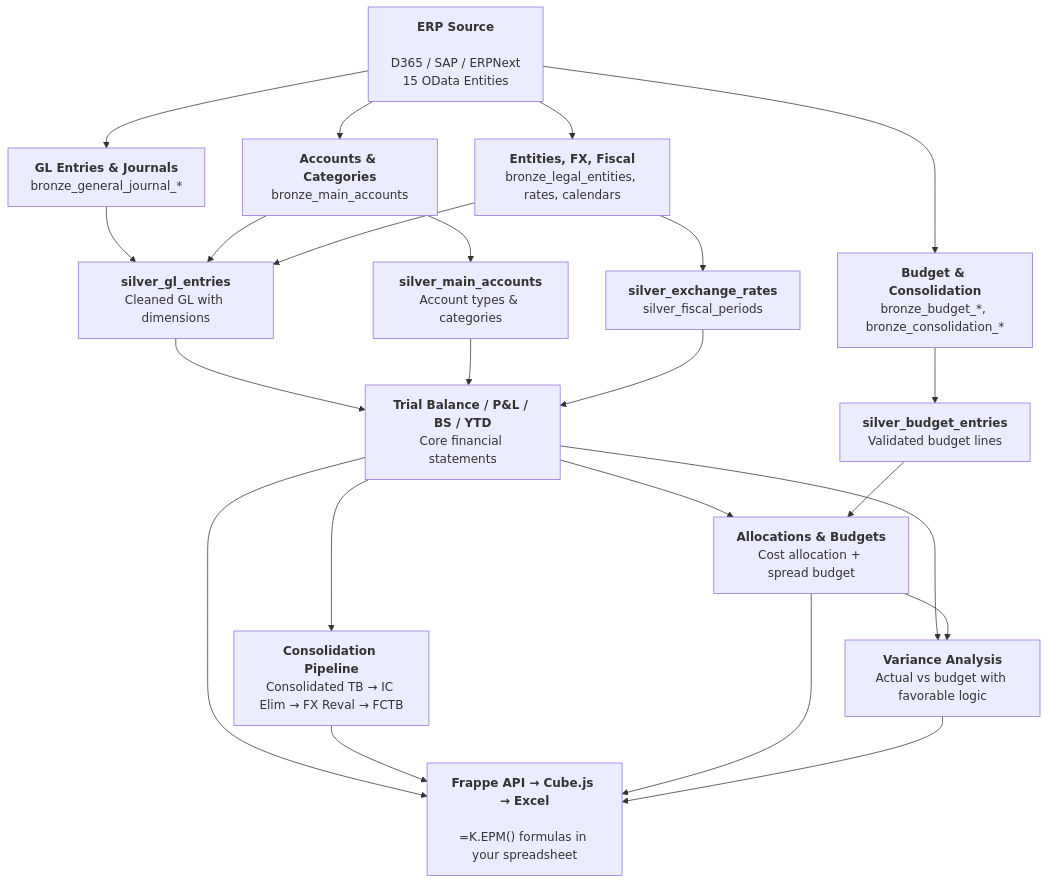
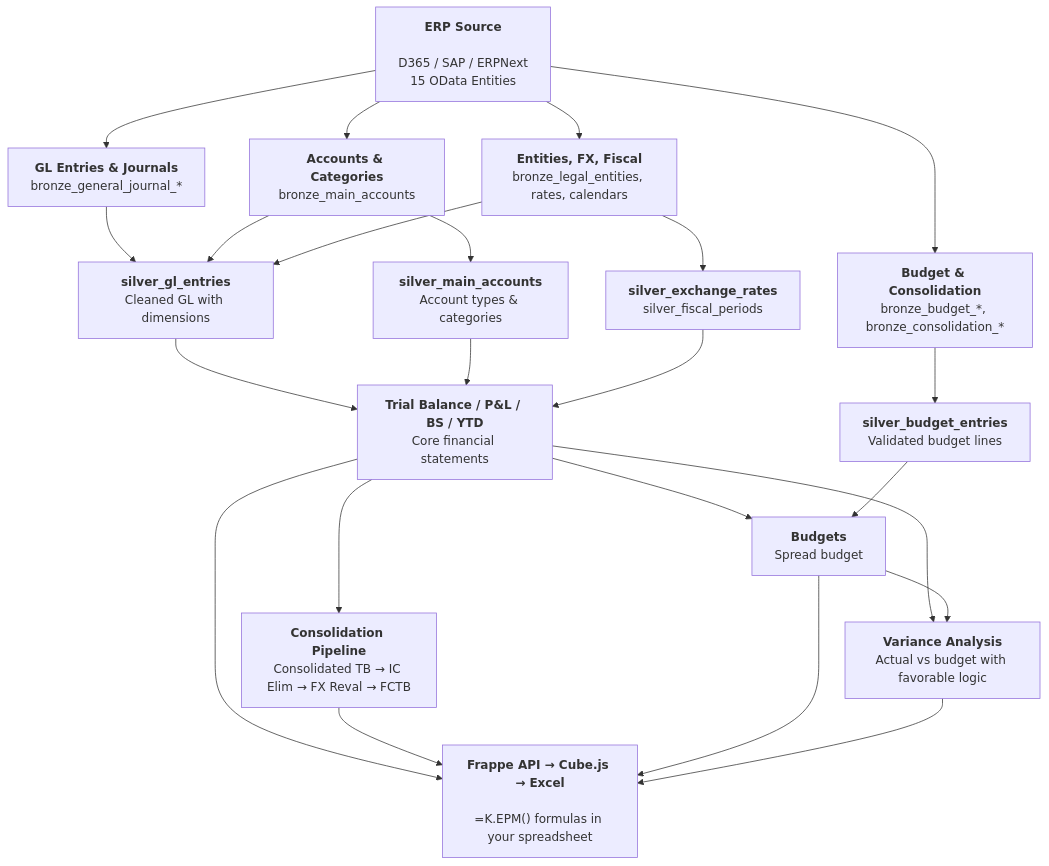
The diagram in docs/data-dictionary/data-dictionary-overview.md (grynn-in/konsolidat), drawn with Mermaid before and after one commit. The commit also changed other lines of this file and 79 other files, not shown here.

First line of the commit message:
Remove cost allocation (konsol#264) (#224)

````diff
--- a/docs/data-dictionary/data-dictionary-overview.md
+++ b/docs/data-dictionary/data-dictionary-overview.md
@@ -17,36 +17,36 @@
 ```mermaid
 graph TD
     ERP["<b>ERP Source</b><br/><br/>D365 / SAP / ERPNext<br/>15 OData Entities"]
 
     ERP --> B1 & B2 & B3 & B4
 
     B1["<b>GL Entries & Journals</b><br/>bronze_general_journal_*"]
     B2["<b>Accounts & Categories</b><br/>bronze_main_accounts"]
     B3["<b>Entities, FX, Fiscal</b><br/>bronze_legal_entities, rates, calendars"]
     B4["<b>Budget & Consolidation</b><br/>bronze_budget_*, bronze_consolidation_*"]
 
     B1 & B2 & B3 --> S1
     B2 --> S2
     B3 --> S3
     B4 --> S4
 
     S1["<b>silver_gl_entries</b><br/>Cleaned GL with dimensions"]
     S2["<b>silver_main_accounts</b><br/>Account types & categories"]
     S3["<b>silver_exchange_rates</b><br/>silver_fiscal_periods"]
     S4["<b>silver_budget_entries</b><br/>Validated budget lines"]
 
     S1 & S2 & S3 --> G1
     G1 --> G2
     G1 --> G3
     S4 --> G3
     G1 & G3 --> G4
 
     G1["<b>Trial Balance / P&L / BS / YTD</b><br/>Core financial statements"]
     G2["<b>Consolidation Pipeline</b><br/>Consolidated TB → IC Elim → FX Reval → FCTB"]
-    G3["<b>Allocations & Budgets</b><br/>Cost allocation + spread budget"]
+    G3["<b>Budgets</b><br/>Spread budget"]
     G4["<b>Variance Analysis</b><br/>Actual vs budget with favorable logic"]
 
     G1 & G2 & G3 & G4 --> API
 
     API["<b>Frappe API → Cube.js → Excel</b><br/><br/>=K.EPM() formulas in your spreadsheet"]
 ```
````
